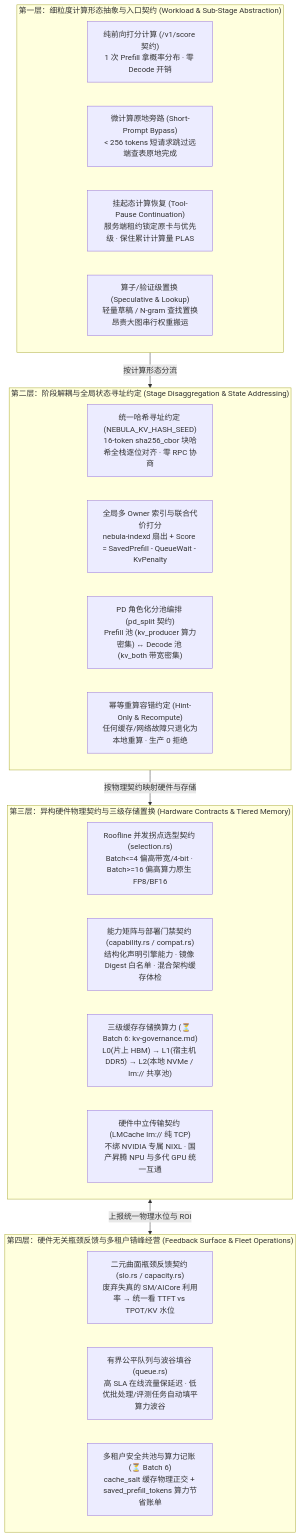
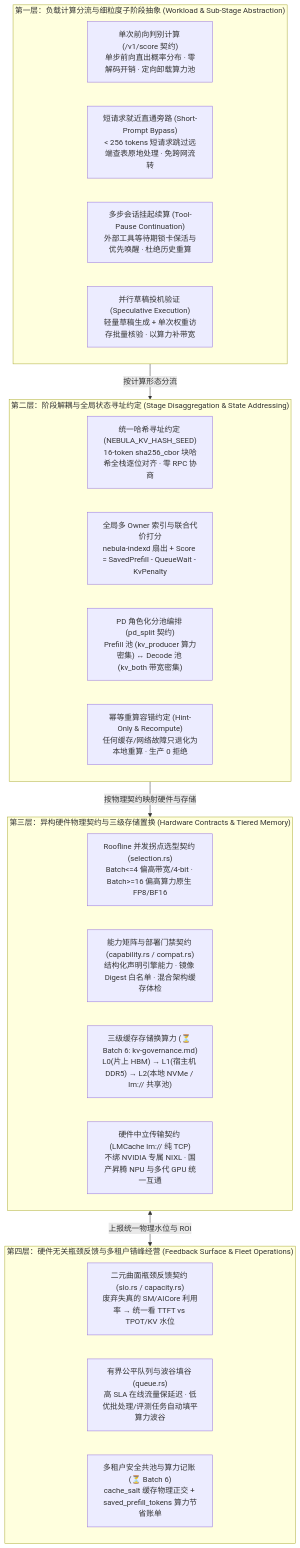
One commit to EeroEternal/nebula changed the diagram in docs/dev/heterogeneous-compute.md. Above: the diagram before and after it, drawn with Mermaid. The commit also changed other lines of this file and 1 other file, not shown here.

First line of the commit message:
docs(dev): refine workload abstraction wording for carrier IDC operations

````diff
--- a/docs/dev/heterogeneous-compute.md
+++ b/docs/dev/heterogeneous-compute.md
@@ -39,33 +39,33 @@
 ```mermaid
 flowchart TB
-    subgraph L4_Workload["第一层：细粒度计算形态抽象与入口契约 (Workload & Sub-Stage Abstraction)"]
-        W1["纯前向打分计算 (/v1/score 契约)<br/>1 次 Prefill 拿概率分布 · 零 Decode 开销"]
-        W2["微计算原地旁路 (Short-Prompt Bypass)<br/>&lt; 256 tokens 短请求跳过远端查表原地完成"]
-        W3["挂起态计算恢复 (Tool-Pause Continuation)<br/>服务端租约锁定原卡与优先级 · 保住累计计算量 PLAS"]
-        W4["算子/验证级置换 (Speculative & Lookup)<br/>轻量草稿 / N-gram 查找置换昂贵大图串行权重搬运"]
+    subgraph L4_Workload["第一层：负载计算分流与细粒度子阶段抽象 (Workload & Sub-Stage Abstraction)"]
+        W1["单次前向判别计算 (/v1/score 契约)<br/>单步前向直出概率分布 · 零解码开销 · 定向卸载算力池"]
+        W2["短请求就近直通旁路 (Short-Prompt Bypass)<br/>&lt; 256 tokens 短请求跳过远端查表原地处理 · 免跨网流转"]
+        W3["多步会话挂起续算 (Tool-Pause Continuation)<br/>外部工具等待期锁卡保活与优先唤醒 · 杜绝历史重算"]
+        W4["并行草稿投机验证 (Speculative Execution)<br/>轻量草稿生成 + 单次权重访存批量核验 · 以算力补带宽"]
     end
 
     subgraph L3_StageState["第二层：阶段解耦与全局状态寻址约定 (Stage Disaggregation & State Addressing)"]
         S1["统一哈希寻址约定 (NEBULA_KV_HASH_SEED)<br/>16-token sha256_cbor 块哈希全栈逐位对齐 · 零 RPC 协商"]
         S2["全局多 Owner 索引与联合代价打分<br/>nebula-indexd 扇出 + Score = SavedPrefill - QueueWait - KvPenalty"]
         S3["PD 角色化分池编排 (pd_split 契约)<br/>Prefill 池 (kv_producer 算力密集) ↔ Decode 池 (kv_both 带宽密集)"]
         S4["幂等重算容错约定 (Hint-Only & Recompute)<br/>任何缓存/网络故障只退化为本地重算 · 生产 0 拒绝"]
     end
 
     subgraph L2_HardwareContract["第三层：异构硬件物理契约与三级存储置换 (Hardware Contracts & Tiered Memory)"]
         H1["Roofline 并发拐点选型契约 (selection.rs)<br/>Batch&lt;=4 偏高带宽/4-bit · Batch&gt;=16 偏高算力原生 FP8/BF16"]
         H2["能力矩阵与部署门禁契约 (capability.rs / compat.rs)<br/>结构化声明引擎能力 · 镜像 Digest 白名单 · 混合架构缓存体检"]
         H3["三级缓存存储换算力 (⏳ Batch 6: kv-governance.md)<br/>L0(片上 HBM) → L1(宿主机 DDR5) → L2(本地 NVMe / lm:// 共享池)"]
         H4["硬件中立传输契约 (LMCache lm:// 纯 TCP)<br/>不绑 NVIDIA 专属 NIXL · 国产昇腾 NPU 与多代 GPU 统一互通"]
     end
 
     subgraph L1_FeedbackOps["第四层：硬件无关瓶颈反馈与多租户错峰经营 (Feedback Surface & Fleet Operations)"]
         O1["二元曲面瓶颈反馈契约 (slo.rs / capacity.rs)<br/>废弃失真的 SM/AICore 利用率 → 统一看 TTFT vs TPOT/KV 水位"]
         O2["有界公平队列与波谷填谷 (queue.rs)<br/>高 SLA 在线流量保延迟 · 低优批处理/评测任务自动填平算力波谷"]
         O3["多租户安全共池与算力记账 (⏳ Batch 6)<br/>cache_salt 缓存物理正交 + saved_prefill_tokens 算力节省账单"]
     end
 
     L4_Workload -->|"按计算形态分流"| L3_StageState
     L3_StageState -->|"按物理契约映射硬件与存储"| L2_HardwareContract
     L2_HardwareContract <-->|"上报统一物理水位与 ROI"| L1_FeedbackOps
 ```
````
